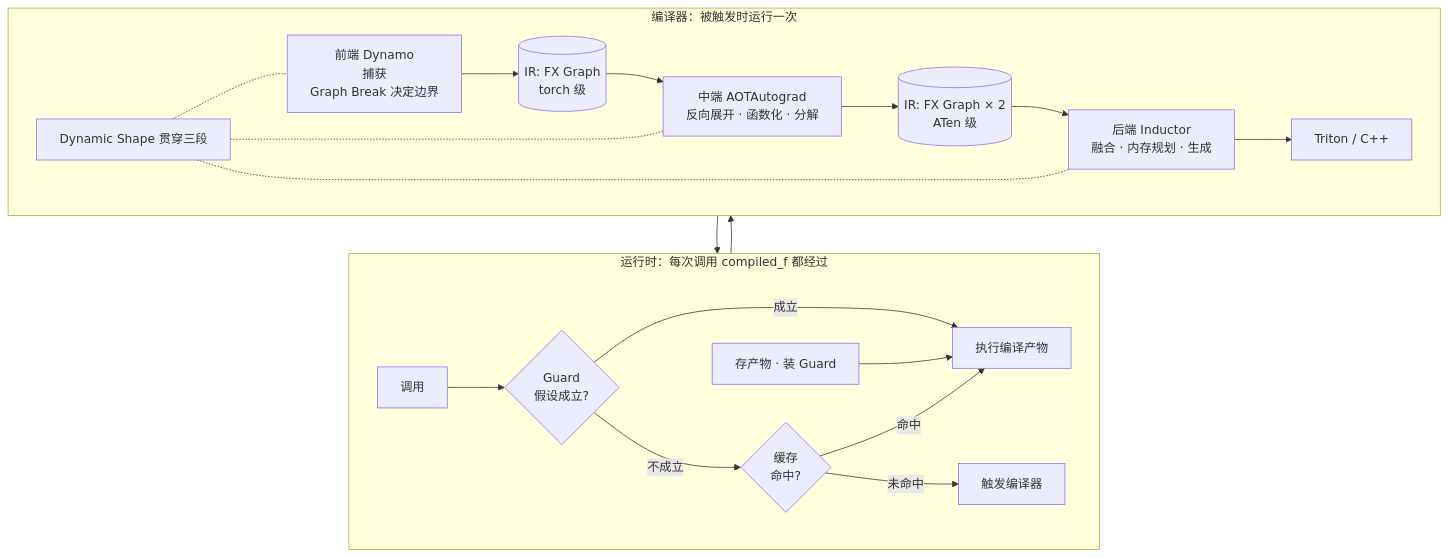
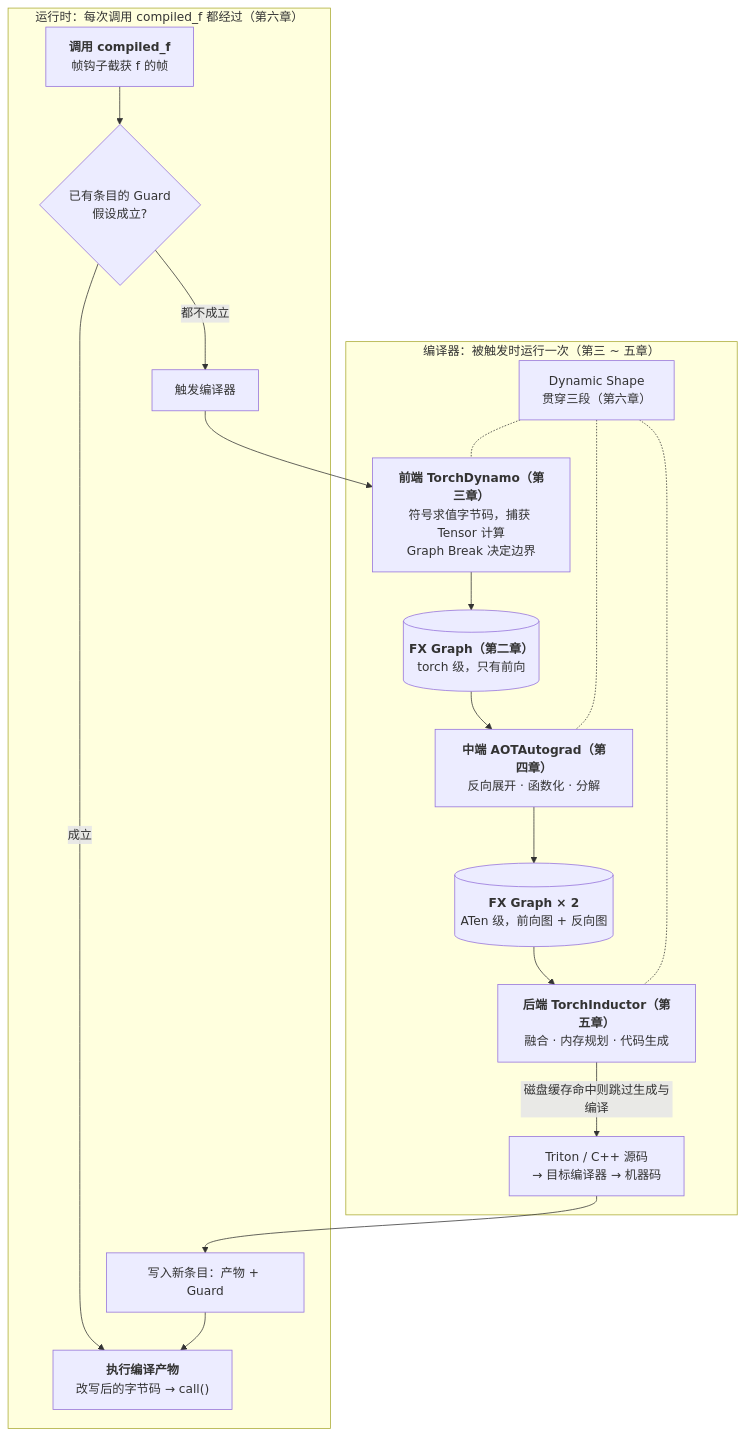
The eighth of 8 diagrams in _posts/2026-02-23-pytorch-compilation-and-graph-optimization.md (arganzheng/arganzheng.github.com), drawn with Mermaid before and after one commit. The commit also changed other lines of this file and 12 other files, not shown here.

First line of the commit message:
PyTorch 系列：各篇开头补机制总览图，Java 章改为就近的「Java 经验参照」提示块，指引改为标题链接

````diff
--- a/_posts/2026-02-23-pytorch-compilation-and-graph-optimization.md
+++ b/_posts/2026-02-23-pytorch-compilation-and-graph-optimization.md
@@ -1118,26 +1136,31 @@
 ```mermaid
-%% 图：回看总览的两层图：运行时的 Guard / 缓存与编译器的三段流水线，每个节点现在都有了具体内容
+%% 图：回看总览的两层图：运行时的 Guard 检查与编译器的三段流水线，每个节点现在都有了具体内容
 flowchart TB
-    subgraph RT[运行时：每次调用 compiled_f 都经过]
-        direction LR
-        CALL[调用] --> GD{Guard<br/>假设成立?}
-        GD -->|成立| RUN[执行编译产物]
-        GD -->|不成立| CA{缓存<br/>命中?}
-        CA -->|命中| RUN
-        CA -->|未命中| TRIG[触发编译器]
-        DONE[存产物 · 装 Guard] --> RUN
+    subgraph RT["运行时：每次调用 compiled_f 都经过（第六章）"]
+        CALL["<b>调用 compiled_f</b><br/>帧钩子截获 f 的帧"]
+        GD{"已有条目的 Guard<br/>假设成立?"}
+        TRIG["触发编译器"]
+        DONE["写入新条目：产物 + Guard"]
+        RUN["<b>执行编译产物</b><br/>改写后的字节码 → call()"]
+        CALL --> GD
+        GD -- "成立" --> RUN
+        GD -- "都不成立" --> TRIG
+        DONE --> RUN
     end
-    subgraph CP[编译器：被触发时运行一次]
-        direction LR
-        DY[前端 Dynamo<br/>捕获<br/>Graph Break 决定边界] --> FX1[(IR: FX Graph<br/>torch 级)]
-        FX1 --> AOT[中端 AOTAutograd<br/>反向展开 · 函数化 · 分解]
-        AOT --> FX2[(IR: FX Graph × 2<br/>ATen 级)]
-        FX2 --> IND[后端 Inductor<br/>融合 · 内存规划 · 生成]
-        IND --> CODE[Triton / C++]
-        DS[Dynamic Shape 贯穿三段] -.- DY
+    subgraph CP["编译器：被触发时运行一次（第三 ~ 五章）"]
+        DY["<b>前端 TorchDynamo（第三章）</b><br/>符号求值字节码，捕获 Tensor 计算<br/>Graph Break 决定边界"]
+        FX1[("<b>FX Graph（第二章）</b><br/>torch 级，只有前向")]
+        AOT["<b>中端 AOTAutograd（第四章）</b><br/>反向展开 · 函数化 · 分解"]
+        FX2[("<b>FX Graph × 2</b><br/>ATen 级，前向图 + 反向图")]
+        IND["<b>后端 TorchInductor（第五章）</b><br/>融合 · 内存规划 · 代码生成"]
+        CODE["Triton / C++ 源码<br/>→ 目标编译器 → 机器码"]
+        DS["Dynamic Shape<br/>贯穿三段（第六章）"]
+        DY --> FX1 --> AOT --> FX2 --> IND
+        IND -- "磁盘缓存命中则跳过生成与编译" --> CODE
+        DS -.- DY
         DS -.- AOT
         DS -.- IND
     end
     TRIG --> DY
     CODE --> DONE
 ```
````
